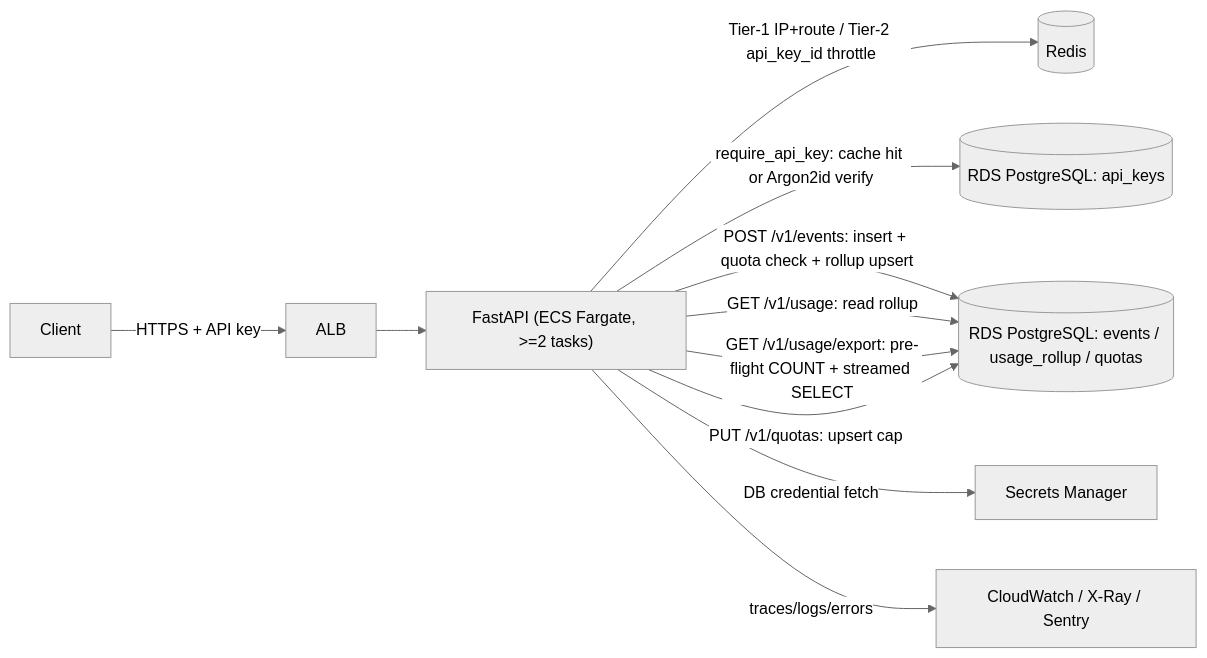
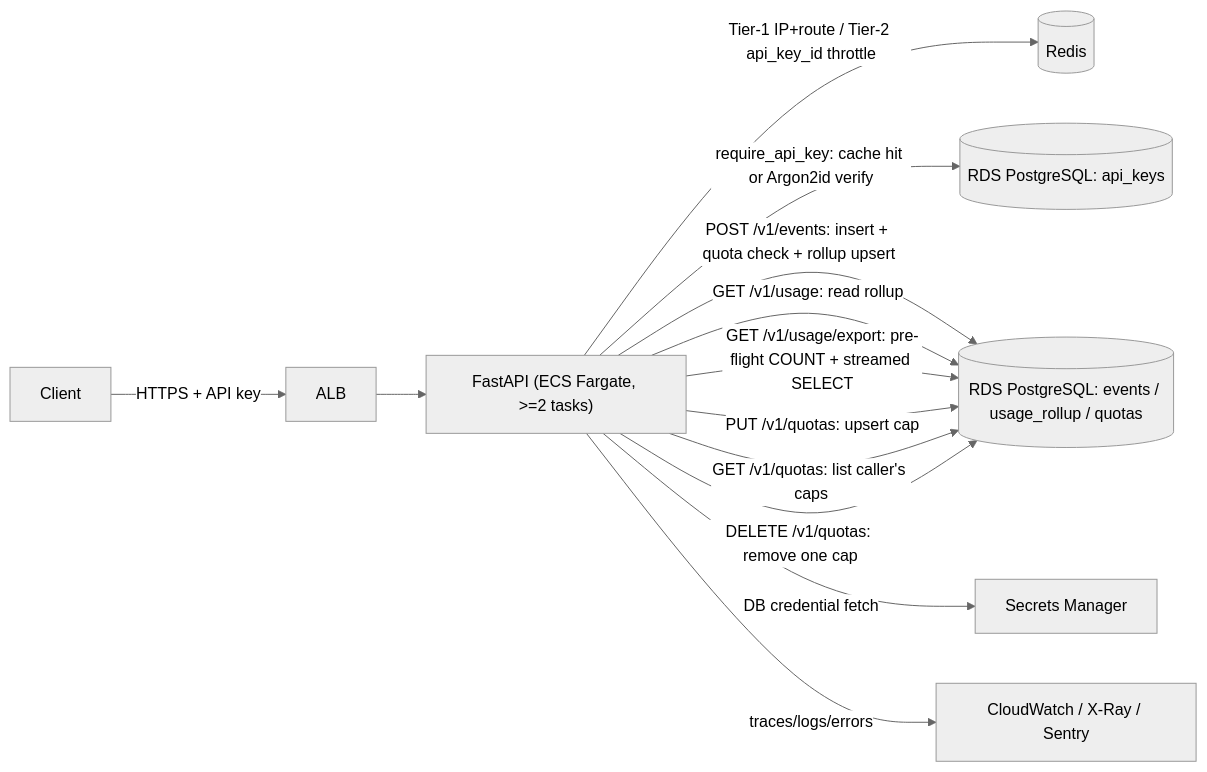
The diagram in docs/system_architecture.md (bretthinkle123/meterly-pipeline-test), drawn with Mermaid (neutral theme) before and after one commit. The commit also changed other lines of this file and 21 other files, not shown here.

Commit message:
Add GET/DELETE /v1/quotas admin endpoints for quota list and removal

````diff
--- a/docs/system_architecture.md
+++ b/docs/system_architecture.md
@@ -19,13 +20,15 @@
 ```mermaid
 flowchart LR
     Client[Client] -->|"HTTPS + API key"| ALB[ALB]
     ALB --> FastAPI["FastAPI (ECS Fargate, >=2 tasks)"]
     FastAPI -->|"Tier-1 IP+route / Tier-2 api_key_id throttle"| Redis[(Redis)]
     FastAPI -->|"require_api_key: cache hit or Argon2id verify"| AuthDB[(RDS PostgreSQL: api_keys)]
     FastAPI -->|"POST /v1/events: insert + quota check + rollup upsert"| EventsDB[(RDS PostgreSQL: events / usage_rollup / quotas)]
     FastAPI -->|"GET /v1/usage: read rollup"| EventsDB
     FastAPI -->|"GET /v1/usage/export: pre-flight COUNT + streamed SELECT"| EventsDB
     FastAPI -->|"PUT /v1/quotas: upsert cap"| EventsDB
+    FastAPI -->|"GET /v1/quotas: list caller's caps"| EventsDB
+    FastAPI -->|"DELETE /v1/quotas: remove one cap"| EventsDB
     FastAPI -->|"DB credential fetch"| Secrets[Secrets Manager]
     FastAPI -->|"traces/logs/errors"| Observability["CloudWatch / X-Ray / Sentry"]
 ```
````
